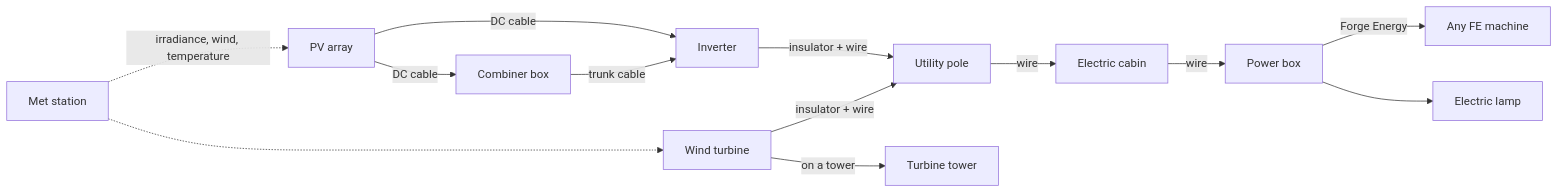
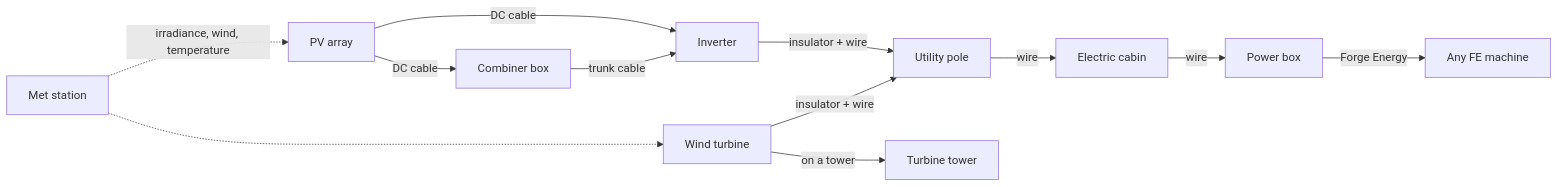
The first of 2 diagrams in docs/items.md (SimoneRecchia/electricity), drawn with Mermaid before and after one commit. The commit also changed other lines of this file and 138 other files, not shown here.

````diff
--- a/docs/items.md
+++ b/docs/items.md
@@ -15,15 +15,14 @@
 ```mermaid
 graph LR
   A[PV array] -->|DC cable| CB[Combiner box]
   A -->|DC cable| INV[Inverter]
   CB -->|trunk cable| INV
   INV -->|insulator + wire| POLE[Utility pole]
   POLE -->|wire| CAB[Electric cabin]
   CAB -->|wire| BOX[Power box]
   BOX -->|Forge Energy| ANY[Any FE machine]
-  BOX --> LAMP[Electric lamp]
   T[Wind turbine] -->|on a tower| TOWER[Turbine tower]
   T -->|insulator + wire| POLE
   MET[Met station] -.->|irradiance, wind, temperature| A
   MET -.-> T
 ```
````
